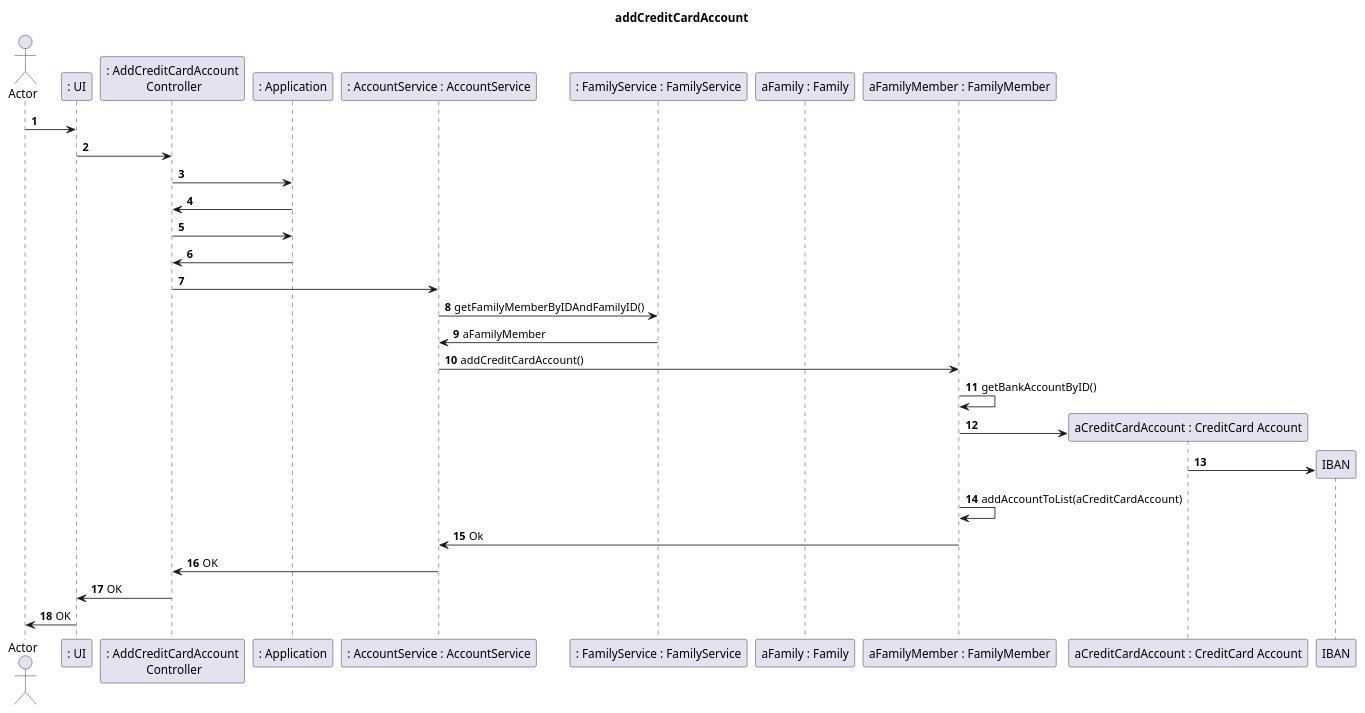
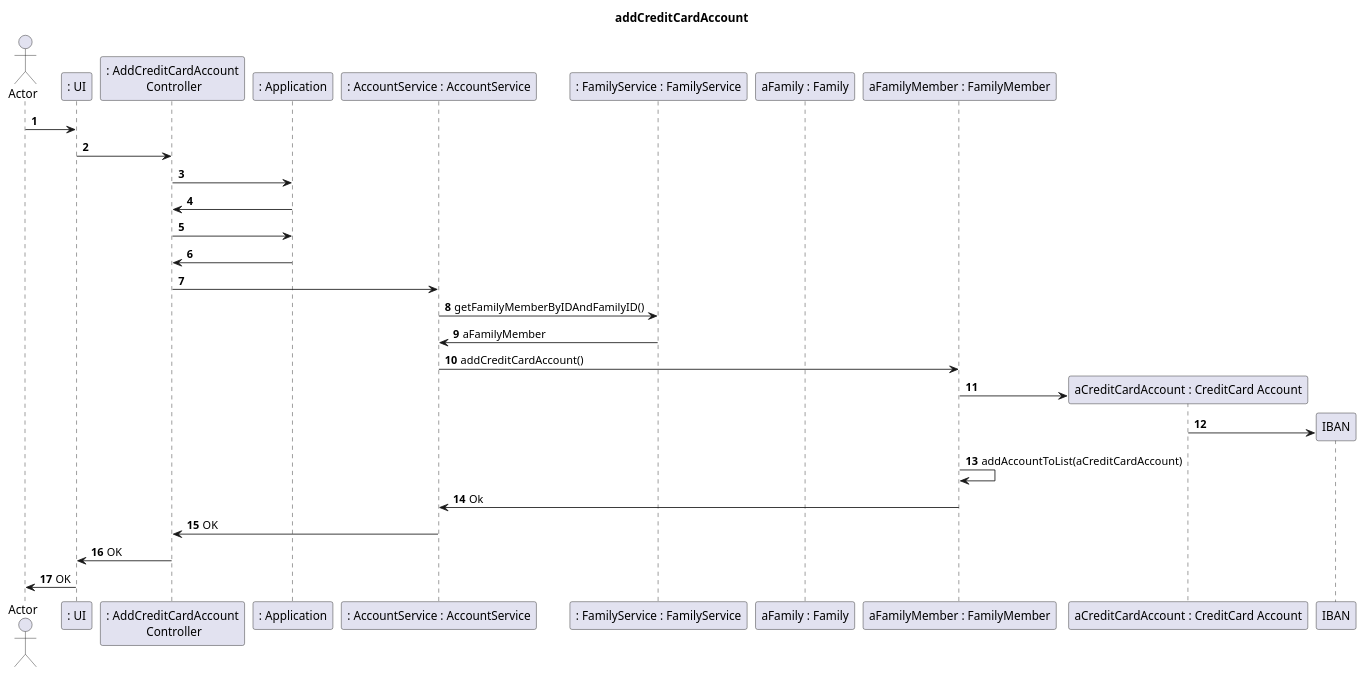
One commit to tomas-osswald/switch_2020_g3 changed the third of 4 diagrams in docs/sprint2/user_stories/US173_AddCreditCardAccount.md. Above: the diagram before and after it, drawn with PlantUML. The commit also changed other lines of this file, not shown here.

Commit message:
US173 added System Sequence diagram to doc

````diff
--- a/docs/sprint2/user_stories/US173_AddCreditCardAccount.md
+++ b/docs/sprint2/user_stories/US173_AddCreditCardAccount.md
@@ -63,31 +86,31 @@
 ``` puml
 autonumber 1
 title addCreditCardAccount
 actor "Actor" as actor
 participant ": UI" as UI
 participant ": AddCreditCardAccount\n Controller" as controller
 participant ": Application" as app
 participant ": AccountService : AccountService" as aserv
 participant ": FamilyService : FamilyService" as fserv
 participant "aFamily : Family" as family
 participant "aFamilyMember : FamilyMember" as familyMember
 participant "aCreditCardAccount : CreditCard Account" as credit
 actor -> UI
 UI -> controller
 controller -> app
 app -> controller
 controller -> app
 app -> controller
 controller -> aserv
 aserv -> fserv : getFamilyMemberByIDAndFamilyID()
 fserv -> aserv : aFamilyMember
 aserv -> familyMember : addCreditCardAccount()
-familyMember -> familyMember : getBankAccountByID()
+
 familyMember -> credit** : 
 credit -> IBAN**
 familyMember -> familyMember : addAccountToList(aCreditCardAccount)
 familyMember -> aserv : Ok
 aserv -> controller : OK
 controller -> UI : OK
 UI -> actor : OK
 ```
````
